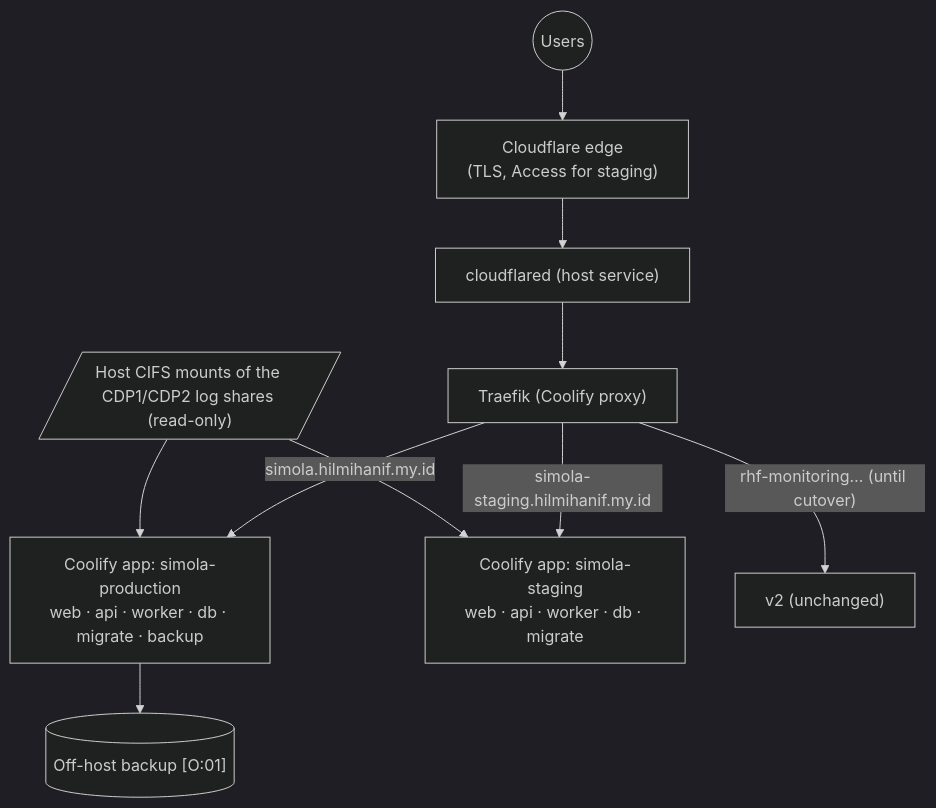
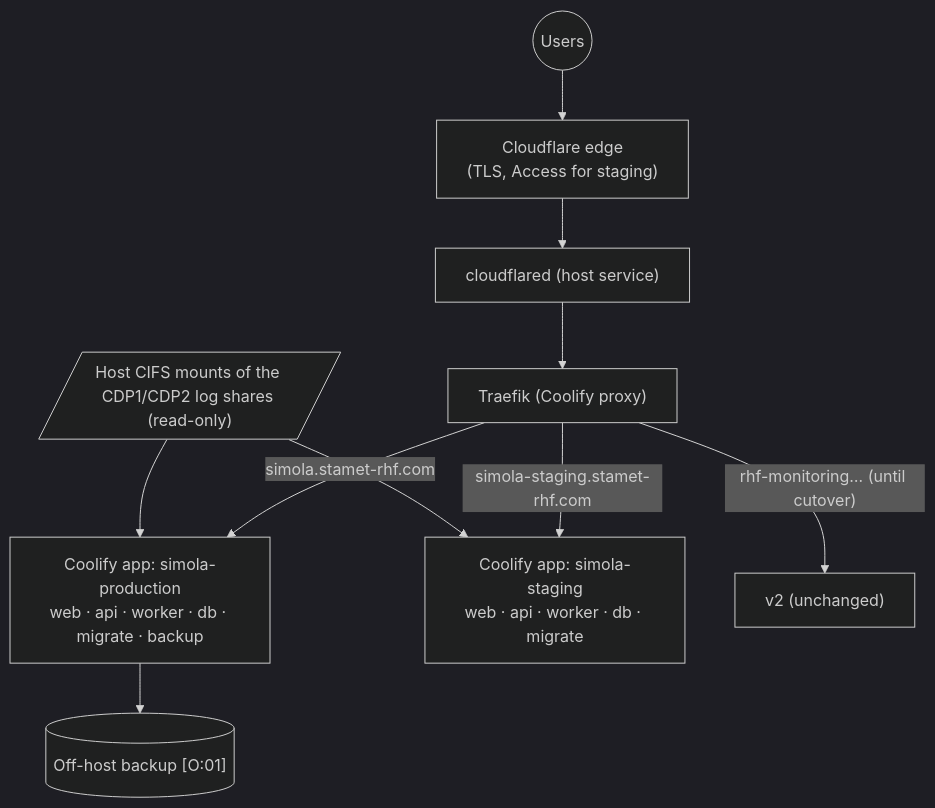
Before and after one commit to HanifHilmi/sistem-monitoring-aloptama: the seventh of 7 diagrams in PRD.md, drawn with Mermaid (dark theme). The commit also changed other lines of this file and 5 other files, not shown here.

First line of the commit message:
docs: move the hostnames to stamet-rhf.com (PRD v1.7)

````diff
--- a/PRD.md
+++ b/PRD.md
@@ -1449,12 +1450,12 @@
 ```mermaid
 flowchart TB
   U(("Users")) --> CF["Cloudflare edge\n(TLS, Access for staging)"]
   CF --> TUN["cloudflared (host service)"]
   TUN --> TR["Traefik (Coolify proxy)"]
-  TR -->|"simola.hilmihanif.my.id"| PROD["Coolify app: simola-production\nweb · api · worker · db · migrate · backup"]
-  TR -->|"simola-staging.hilmihanif.my.id"| STG["Coolify app: simola-staging\nweb · api · worker · db · migrate"]
+  TR -->|"simola.stamet-rhf.com"| PROD["Coolify app: simola-production\nweb · api · worker · db · migrate · backup"]
+  TR -->|"simola-staging.stamet-rhf.com"| STG["Coolify app: simola-staging\nweb · api · worker · db · migrate"]
   TR -->|"rhf-monitoring… (until cutover)"| V2["v2 (unchanged)"]
   SH[/"Host CIFS mounts of the CDP1/CDP2 log shares (read-only)"/] --> PROD
   SH --> STG
   PROD --> BK[("Off-host backup [O:01]")]
 ```
````
